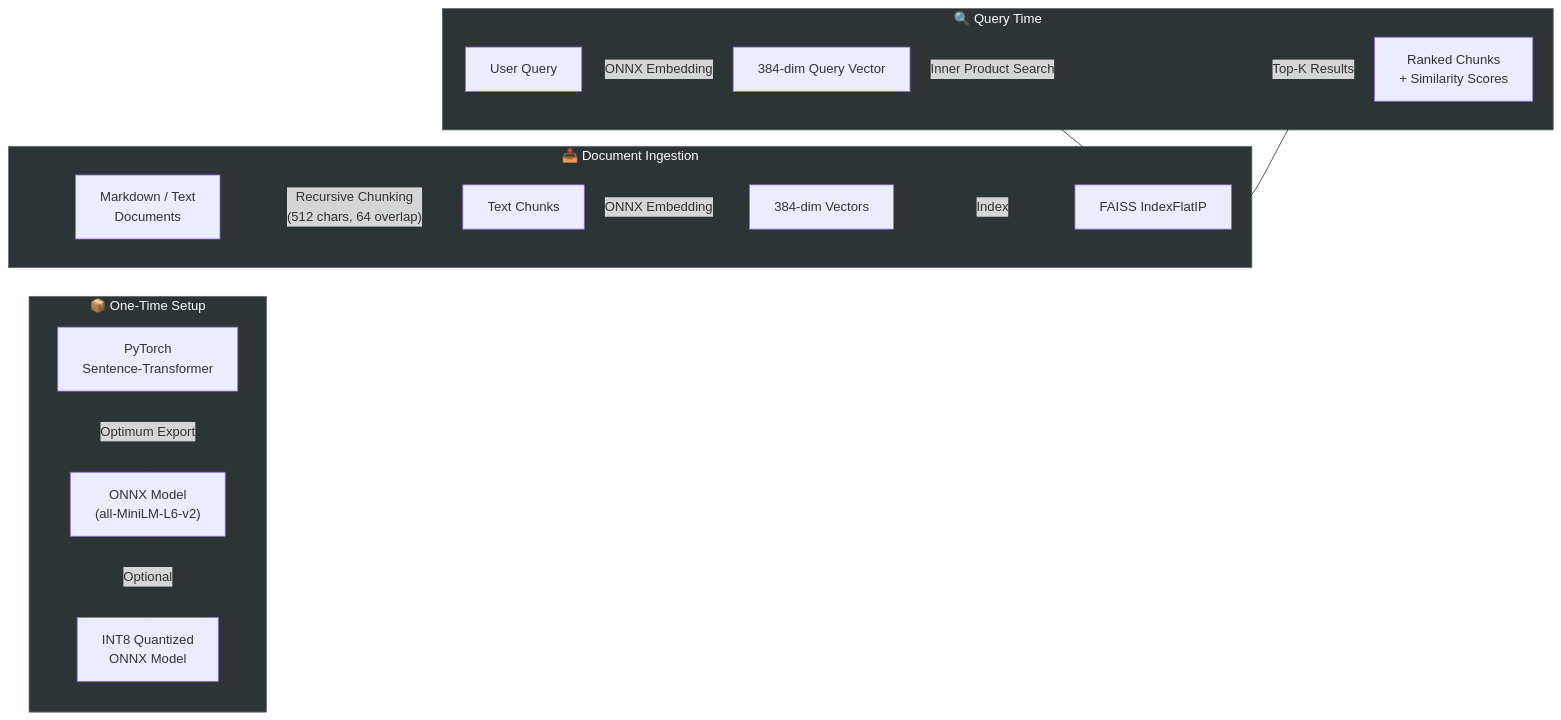
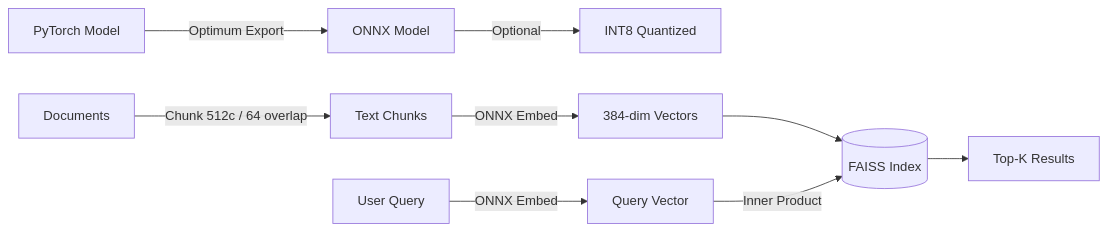
The second of 3 diagrams in README.md (Nagendramanthena/localmind-ai), drawn with Mermaid before and after one commit. The commit also changed other lines of this file, not shown here.

Commit message:
docs: rewrite README — clean diagrams, fix rendering, remove broken CDATA

````diff
--- a/README.md
+++ b/README.md
@@ -142,23 +201,11 @@
 ```mermaid
 flowchart LR
-    subgraph EXPORT["📦 One-Time Setup"]
-        A["PyTorch\nSentence-Transformer"] -->|"Optimum Export"| B["ONNX Model\n(all-MiniLM-L6-v2)"]
-        B -->|"Optional"| C["INT8 Quantized\nONNX Model"]
-    end
-
-    subgraph INGEST["📥 Document Ingestion"]
-        D["Markdown / Text\nDocuments"] -->|"Recursive Chunking\n(512 chars, 64 overlap)"| E["Text Chunks"]
-        E -->|"ONNX Embedding"| F["384-dim Vectors"]
-        F -->|"Index"| G["FAISS IndexFlatIP"]
-    end
-
-    subgraph QUERY["🔍 Query Time"]
-        H["User Query"] -->|"ONNX Embedding"| I["384-dim Query Vector"]
-        I -->|"Inner Product Search"| G
-        G -->|"Top-K Results"| J["Ranked Chunks\n+ Similarity Scores"]
-    end
-
-    style EXPORT fill:#2d3436,stroke:#636e72,color:#fff
-    style INGEST fill:#2d3436,stroke:#636e72,color:#fff
-    style QUERY fill:#2d3436,stroke:#636e72,color:#fff
+    A[PyTorch Model] -->|Optimum Export| B[ONNX Model]
+    B -->|Optional| C[INT8 Quantized]
+    D[Documents] -->|Chunk 512c / 64 overlap| E[Text Chunks]
+    E -->|ONNX Embed| F[384-dim Vectors]
+    F --> G[(FAISS Index)]
+    H[User Query] -->|ONNX Embed| I[Query Vector]
+    I -->|Inner Product| G
+    G --> J[Top-K Results]
 ```
````
